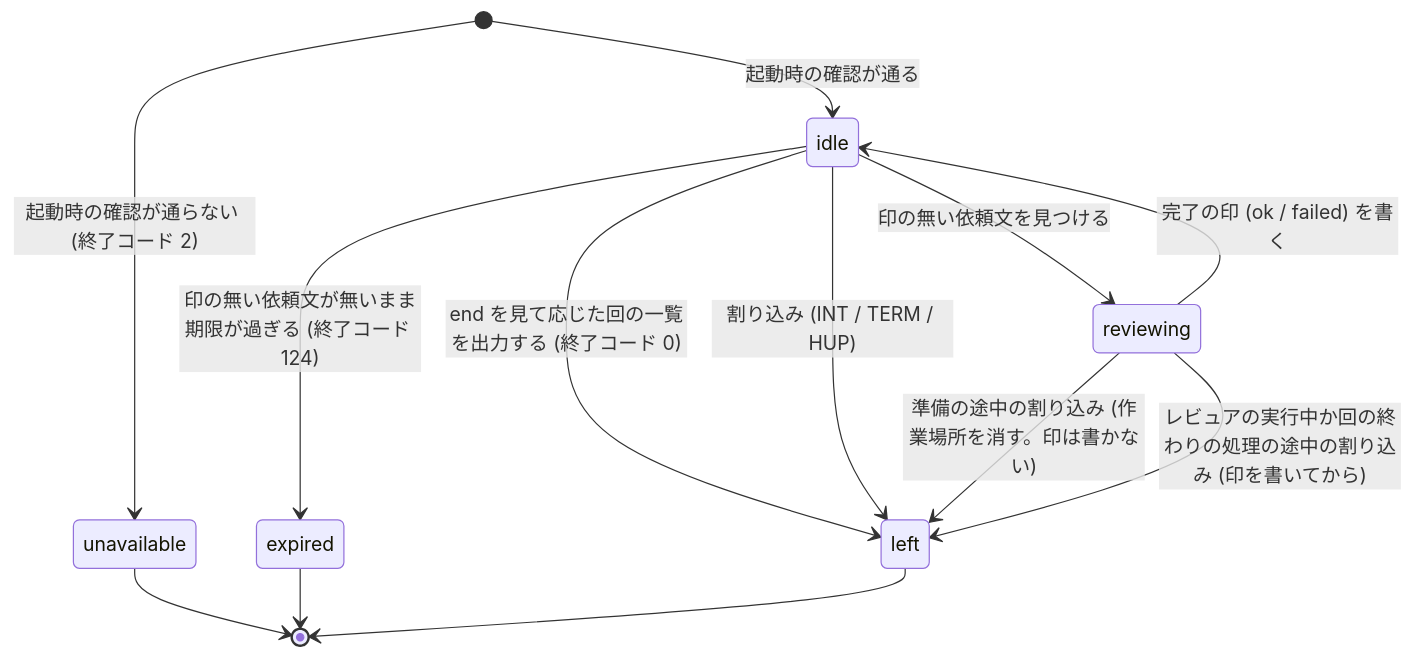
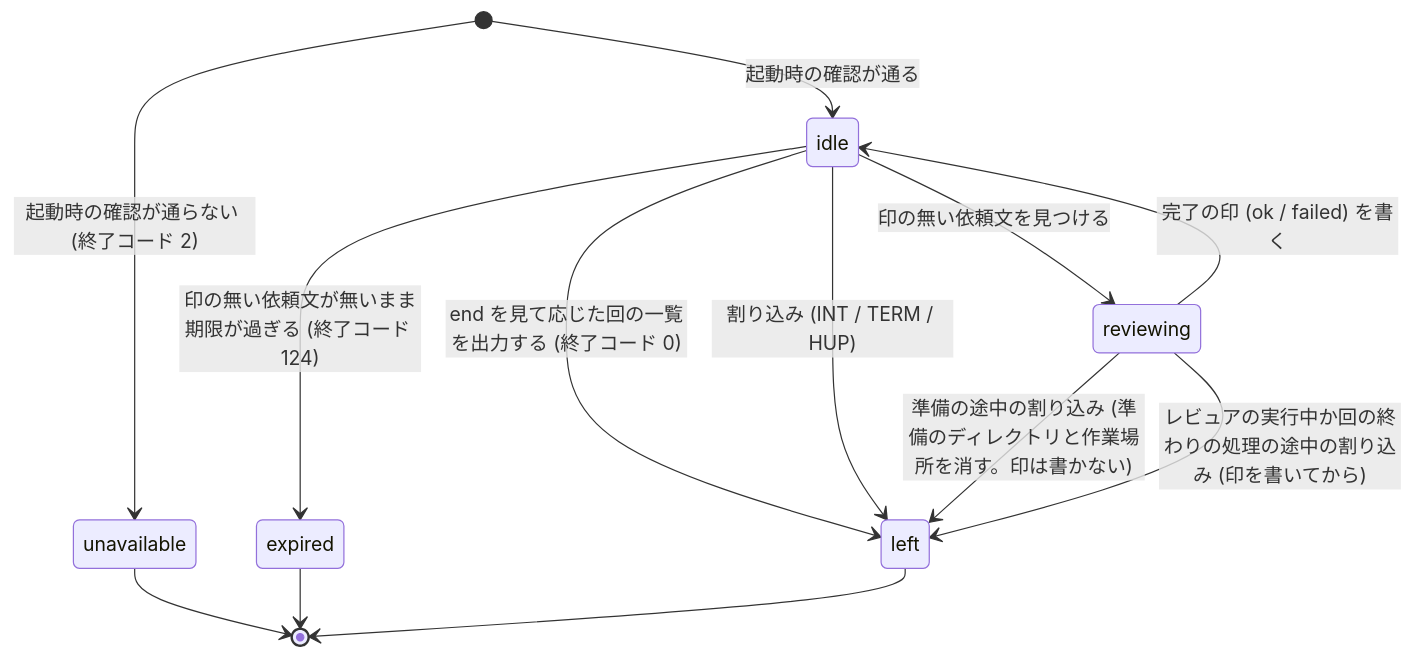
One commit to akm/claude-plugins changed the diagram in review-triage/skills/review-loop/references/loop-files.md. Above: the diagram before and after it, drawn with Mermaid. The commit also changed other lines of this file and 5 other files, not shown here.

````diff
--- a/review-triage/skills/review-loop/references/loop-files.md
+++ b/review-triage/skills/review-loop/references/loop-files.md
@@ -138,15 +138,15 @@
 ```mermaid
 stateDiagram-v2
   [*] --> unavailable: 起動時の確認が通らない (終了コード 2)
   [*] --> idle: 起動時の確認が通る
   idle --> reviewing: 印の無い依頼文を見つける
   reviewing --> idle: 完了の印 (ok / failed) を書く
   idle --> expired: 印の無い依頼文が無いまま期限が過ぎる (終了コード 124)
   idle --> left: end を見て応じた回の一覧を出力する (終了コード 0)
   idle --> left: 割り込み (INT / TERM / HUP)
-  reviewing --> left: 準備の途中の割り込み (作業場所を消す。印は書かない)
+  reviewing --> left: 準備の途中の割り込み (準備のディレクトリと作業場所を消す。印は書かない)
   reviewing --> left: レビュアの実行中か回の終わりの処理の途中の割り込み (印を書いてから)
   unavailable --> [*]
   expired --> [*]
   left --> [*]
 ```
````
